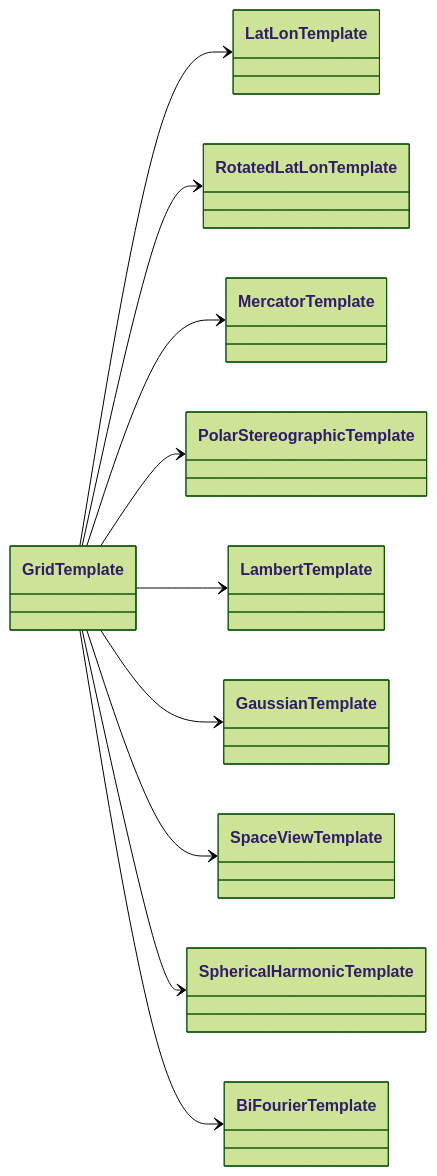
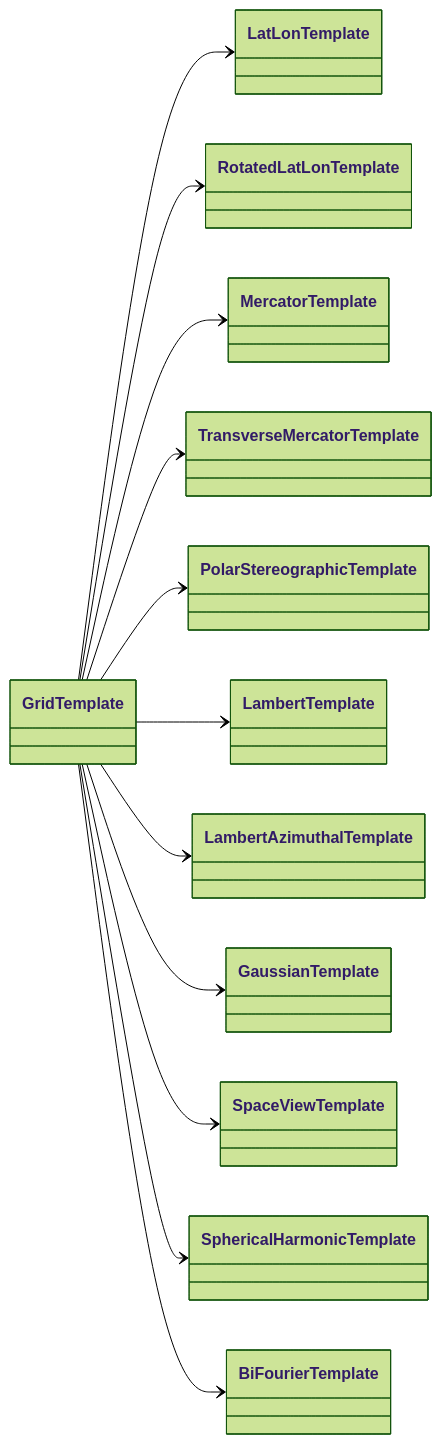
Before and after one commit to D0ubleD0uble/fieldglass: the second of 6 diagrams in docs/architecture/03-composition.md, drawn with Mermaid (forest theme). The commit also changed 1 other file, not shown here.

Commit message:
docs(architecture): draw the two planar GRIB2 grid templates already in the source
TransverseMercatorTemplate (§3.12) and LambertAzimuthalTemplate (§3.140)
exist in gds.rs but were missing from the GridTemplate diagram; the drift
guard checks node existence, not completeness, so it could not catch this.

Claude-Session: https://claude.ai/code/session_01HXQLdNBg23o81NEfApXYhF

````diff
--- a/docs/architecture/03-composition.md
+++ b/docs/architecture/03-composition.md
@@ -36,13 +36,15 @@
 ```mermaid
 classDiagram
     direction LR
     GridTemplate --> LatLonTemplate
     GridTemplate --> RotatedLatLonTemplate
     GridTemplate --> MercatorTemplate
+    GridTemplate --> TransverseMercatorTemplate
     GridTemplate --> PolarStereographicTemplate
     GridTemplate --> LambertTemplate
+    GridTemplate --> LambertAzimuthalTemplate
     GridTemplate --> GaussianTemplate
     GridTemplate --> SpaceViewTemplate
     GridTemplate --> SphericalHarmonicTemplate
     GridTemplate --> BiFourierTemplate
 ```
````
